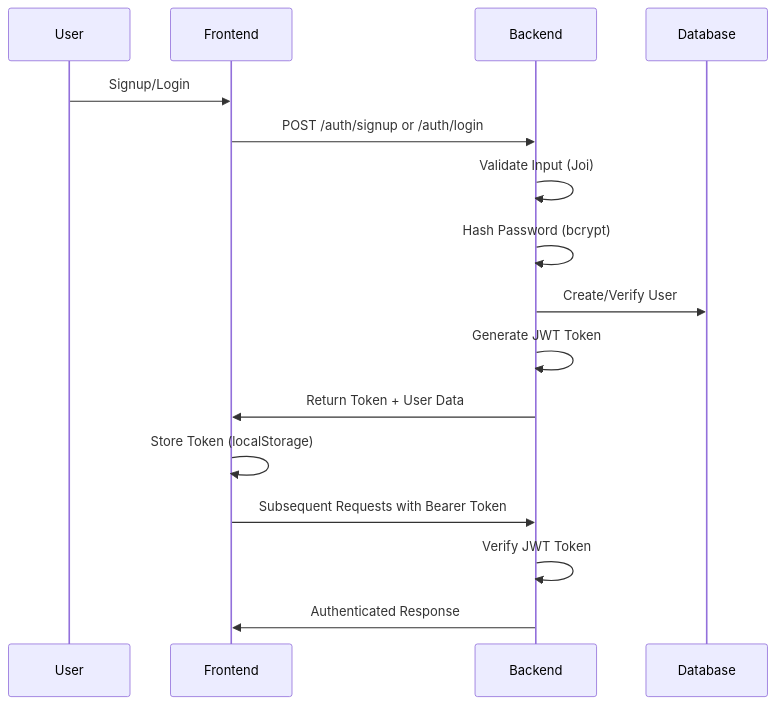
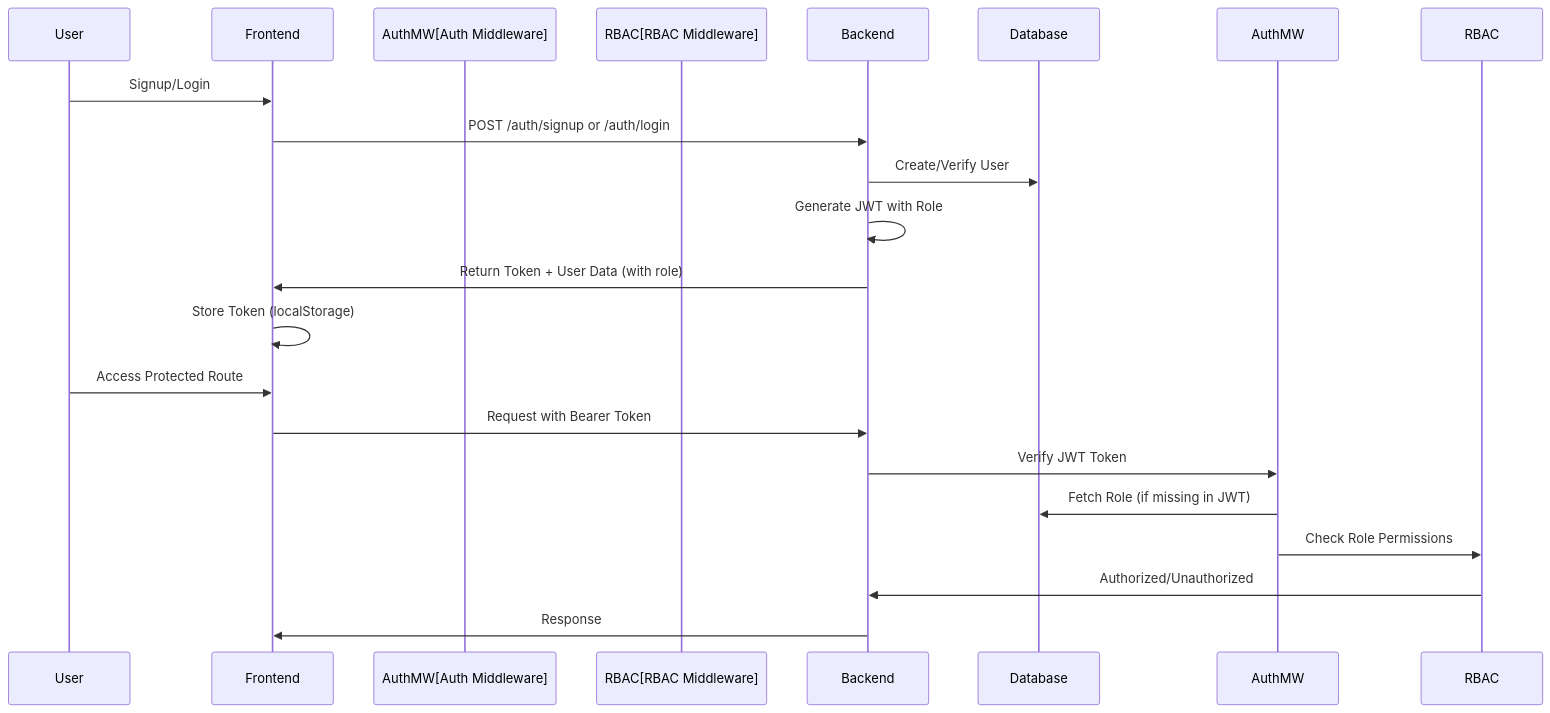
Before and after one commit to amhabibi81/TwoX-PRJ: the second of 5 diagrams in PRJ/README.md, drawn with Mermaid. The commit also changed other lines of this file and 51 other files, not shown here.

````diff
--- a/PRJ/README.md
+++ b/PRJ/README.md
@@ -153,19 +215,24 @@
 ```mermaid
 sequenceDiagram
     participant User
     participant Frontend
+    participant AuthMW[Auth Middleware]
+    participant RBAC[RBAC Middleware]
     participant Backend
     participant Database
     
     User->>Frontend: Signup/Login
     Frontend->>Backend: POST /auth/signup or /auth/login
-    Backend->>Backend: Validate Input (Joi)
-    Backend->>Backend: Hash Password (bcrypt)
     Backend->>Database: Create/Verify User
-    Backend->>Backend: Generate JWT Token
-    Backend->>Frontend: Return Token + User Data
+    Backend->>Backend: Generate JWT with Role
+    Backend->>Frontend: Return Token + User Data (with role)
     Frontend->>Frontend: Store Token (localStorage)
-    Frontend->>Backend: Subsequent Requests with Bearer Token
-    Backend->>Backend: Verify JWT Token
-    Backend->>Frontend: Authenticated Response
+    
+    User->>Frontend: Access Protected Route
+    Frontend->>Backend: Request with Bearer Token
+    Backend->>AuthMW: Verify JWT Token
+    AuthMW->>Database: Fetch Role (if missing in JWT)
+    AuthMW->>RBAC: Check Role Permissions
+    RBAC->>Backend: Authorized/Unauthorized
+    Backend->>Frontend: Response
 ```
````
